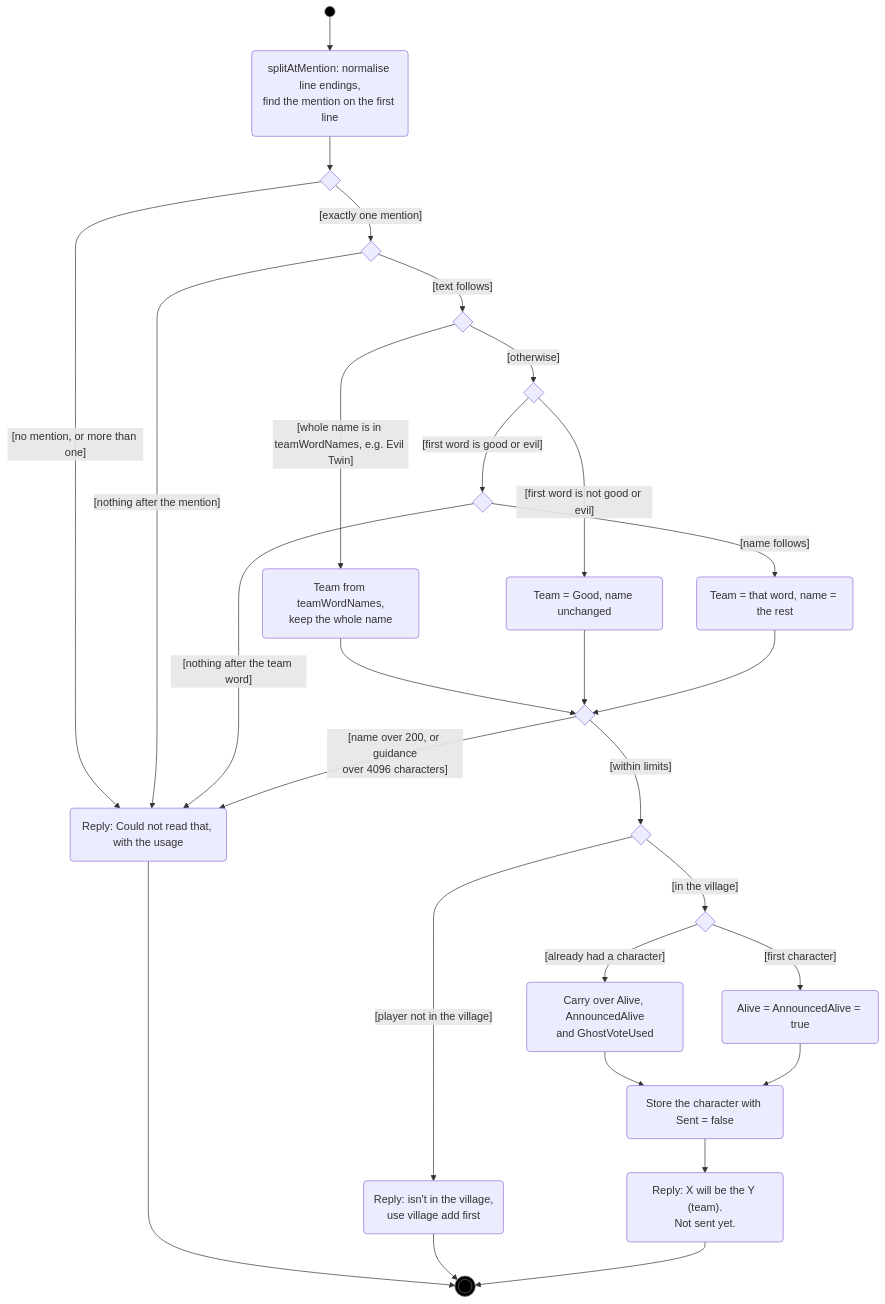
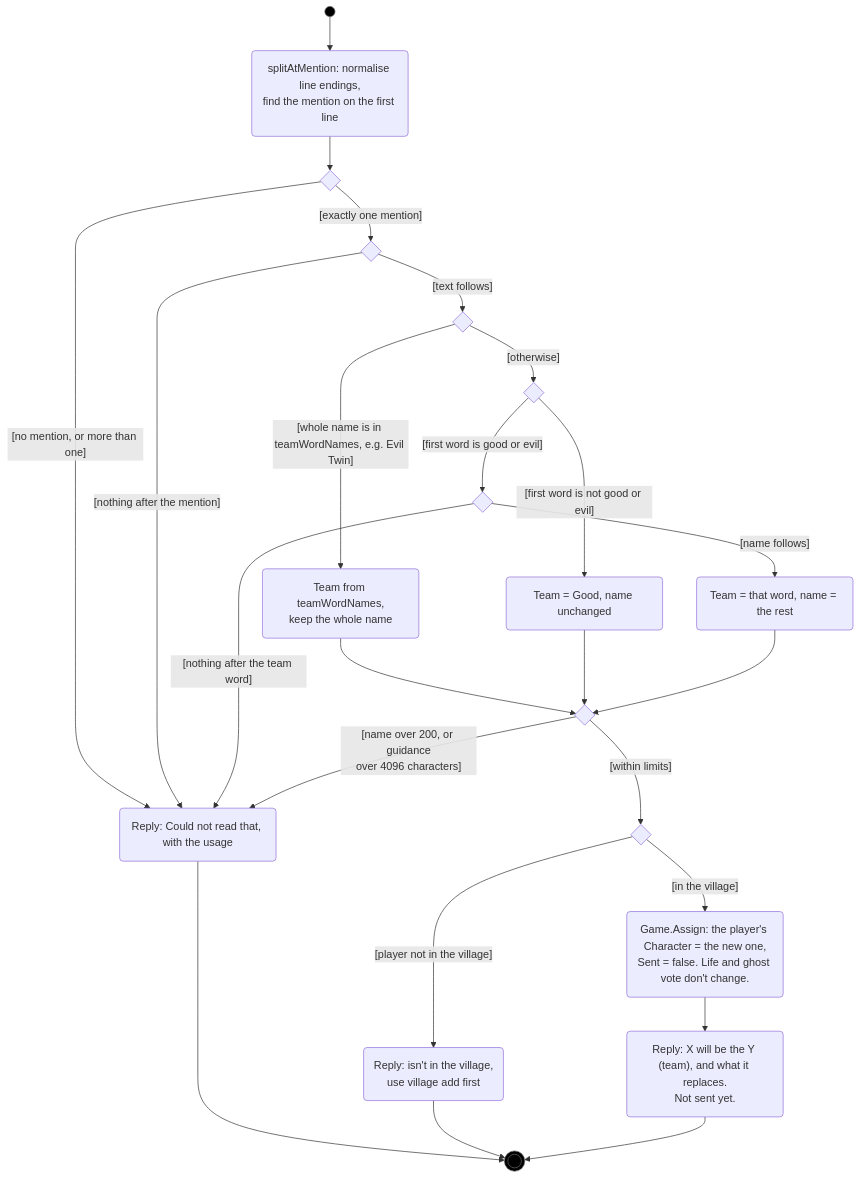
Before and after one commit to RAGNOARAKNOS/BotOnTheClocktower: the first of 9 diagrams in docs/uml/characters.md, drawn with Mermaid. The commit also changed other lines of this file and 32 other files, not shown here.

First line of the commit message:
Refactor village commands to use Player struct for better clarity

````diff
--- a/docs/uml/characters.md
+++ b/docs/uml/characters.md
@@ -21,30 +23,27 @@
 ```mermaid
 flowchart TD
     start((" ")):::initial --> mention("splitAtMention: normalise line endings,<br/>find the mention on the first line")
     mention --> d1{" "}
     d1 -->|"[no mention, or more than one]"| bad("Reply: Could not read that, with the usage")
     d1 -->|"[exactly one mention]"| d2{" "}
     d2 -->|"[nothing after the mention]"| bad
     d2 -->|"[text follows]"| tw{" "}
     tw -->|"[whole name is in teamWordNames, e.g. Evil Twin]"| named("Team from teamWordNames,<br/>keep the whole name")
     tw -->|"[otherwise]"| first{" "}
     first -->|"[first word is not good or evil]"| good("Team = Good, name unchanged")
     first -->|"[first word is good or evil]"| rest{" "}
     rest -->|"[nothing after the team word]"| bad
     rest -->|"[name follows]"| split("Team = that word, name = the rest")
     named & good & split --> lim{" "}
     lim -->|"[name over 200, or guidance<br/>over 4096 characters]"| bad
     lim -->|"[within limits]"| vil{" "}
     vil -->|"[player not in the village]"| notv("Reply: isn't in the village,<br/>use village add first")
-    vil -->|"[in the village]"| prev{" "}
-    prev -->|"[already had a character]"| keep("Carry over Alive, AnnouncedAlive<br/>and GhostVoteUsed")
-    prev -->|"[first character]"| fresh("Alive = AnnouncedAlive = true")
-    keep & fresh --> store("Store the character with Sent = false")
-    store --> reply("Reply: X will be the Y (team).<br/>Not sent yet.")
+    vil -->|"[in the village]"| store("Game.Assign: the player's Character = the new one,<br/>Sent = false. Life and ghost vote don't change.")
+    store --> reply("Reply: X will be the Y (team), and what it replaces.<br/>Not sent yet.")
     bad --> done(((" "))):::final
     notv --> done
     reply --> done
 
     classDef initial fill:#000,stroke:#666
     classDef final fill:#000,stroke:#666
 ```
````
